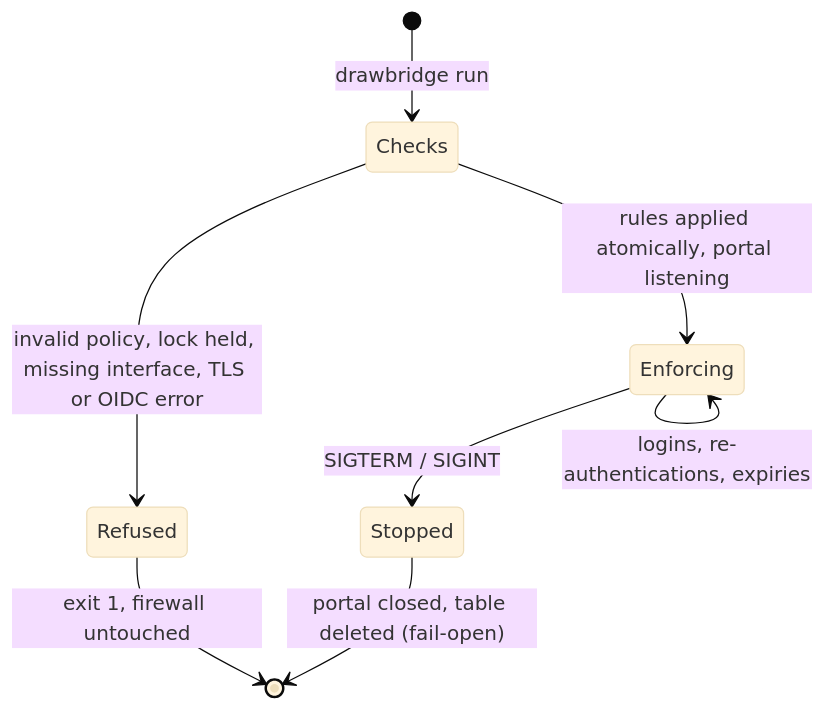
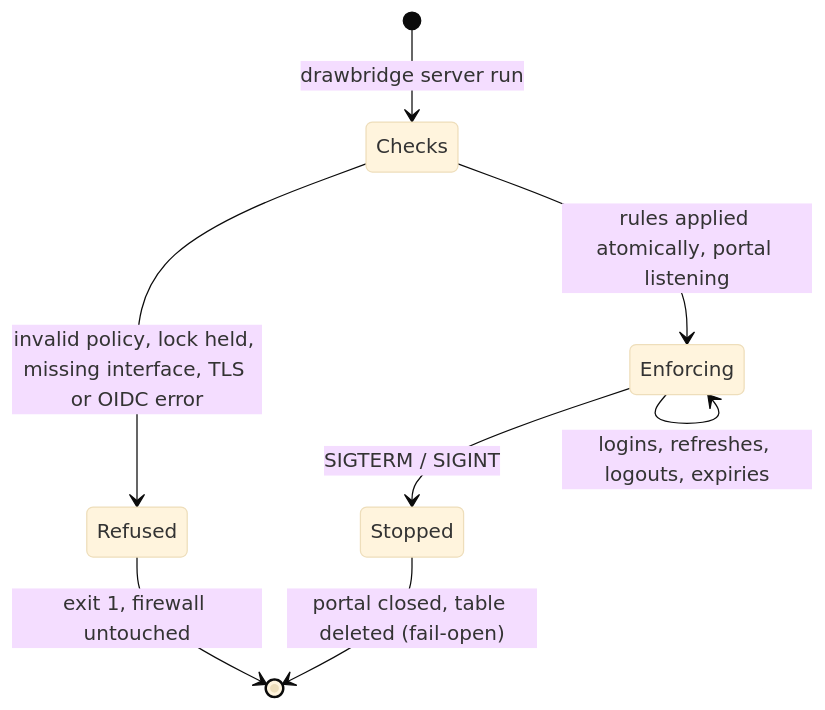
The second of 5 diagrams in README.md (ChrisPortman/Drawbridge), drawn with Mermaid (base theme) before and after one commit. The commit also changed other lines of this file and 25 other files, not shown here.

````diff
--- a/README.md
+++ b/README.md
@@ -389,10 +440,10 @@
 ```mermaid
 stateDiagram-v2
-    [*] --> Checks: drawbridge run
+    [*] --> Checks: drawbridge server run
     Checks --> Refused: invalid policy, lock held, missing interface, TLS or OIDC error
     Refused --> [*]: exit 1, firewall untouched
     Checks --> Enforcing: rules applied atomically, portal listening
-    Enforcing --> Enforcing: logins, re-authentications, expiries
+    Enforcing --> Enforcing: logins, refreshes, logouts, expiries
     Enforcing --> Stopped: SIGTERM / SIGINT
     Stopped --> [*]: portal closed, table deleted (fail-open)
 ```
````
